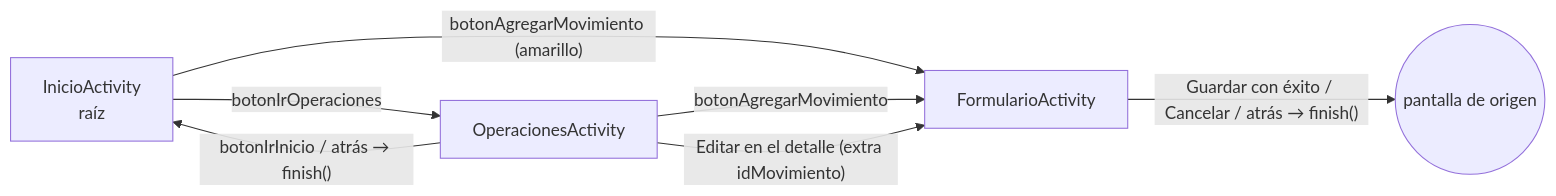
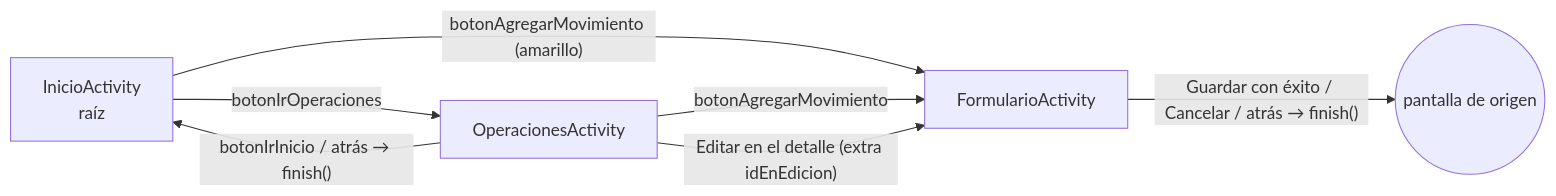
Before and after one commit to JoseOsorio4/AppGastos: the first of 3 diagrams in docs/DISENO_FINANZAS.md, drawn with Mermaid. The commit also changed other lines of this file and 51 other files, not shown here.

````diff
--- a/docs/DISENO_FINANZAS.md
+++ b/docs/DISENO_FINANZAS.md
@@ -90,9 +90,9 @@
 ```mermaid
 flowchart LR
   I[InicioActivity<br/>raíz] -- "botonIrOperaciones" --> O[OperacionesActivity]
   O -- "botonIrInicio / atrás → finish()" --> I
   I -- "botonAgregarMovimiento (amarillo)" --> F[FormularioActivity]
   O -- "botonAgregarMovimiento" --> F
-  O -- "Editar en el detalle (extra idMovimiento)" --> F
+  O -- "Editar en el detalle (extra idEnEdicion)" --> F
   F -- "Guardar con éxito / Cancelar / atrás → finish()" --> X((pantalla de origen))
 ```
````
